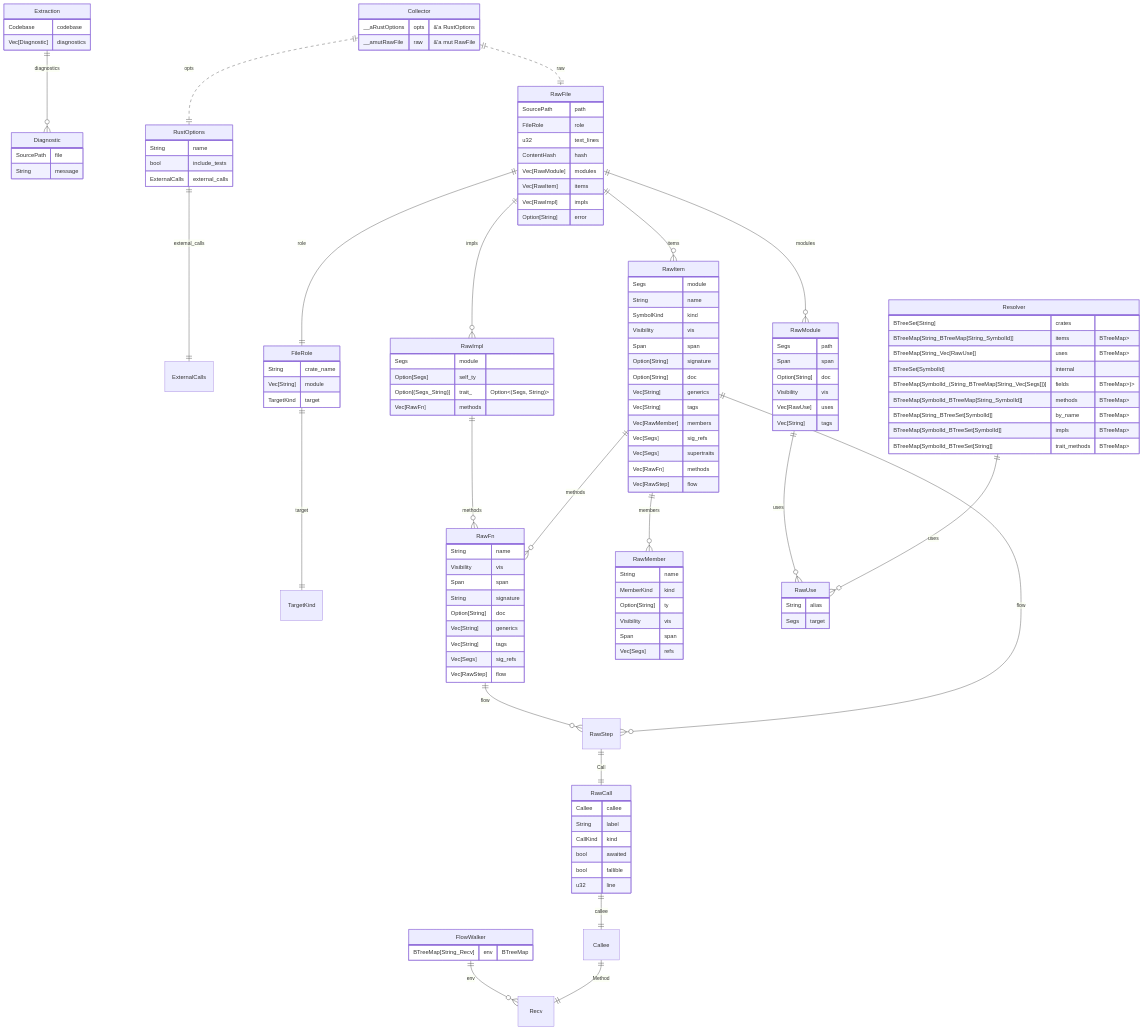
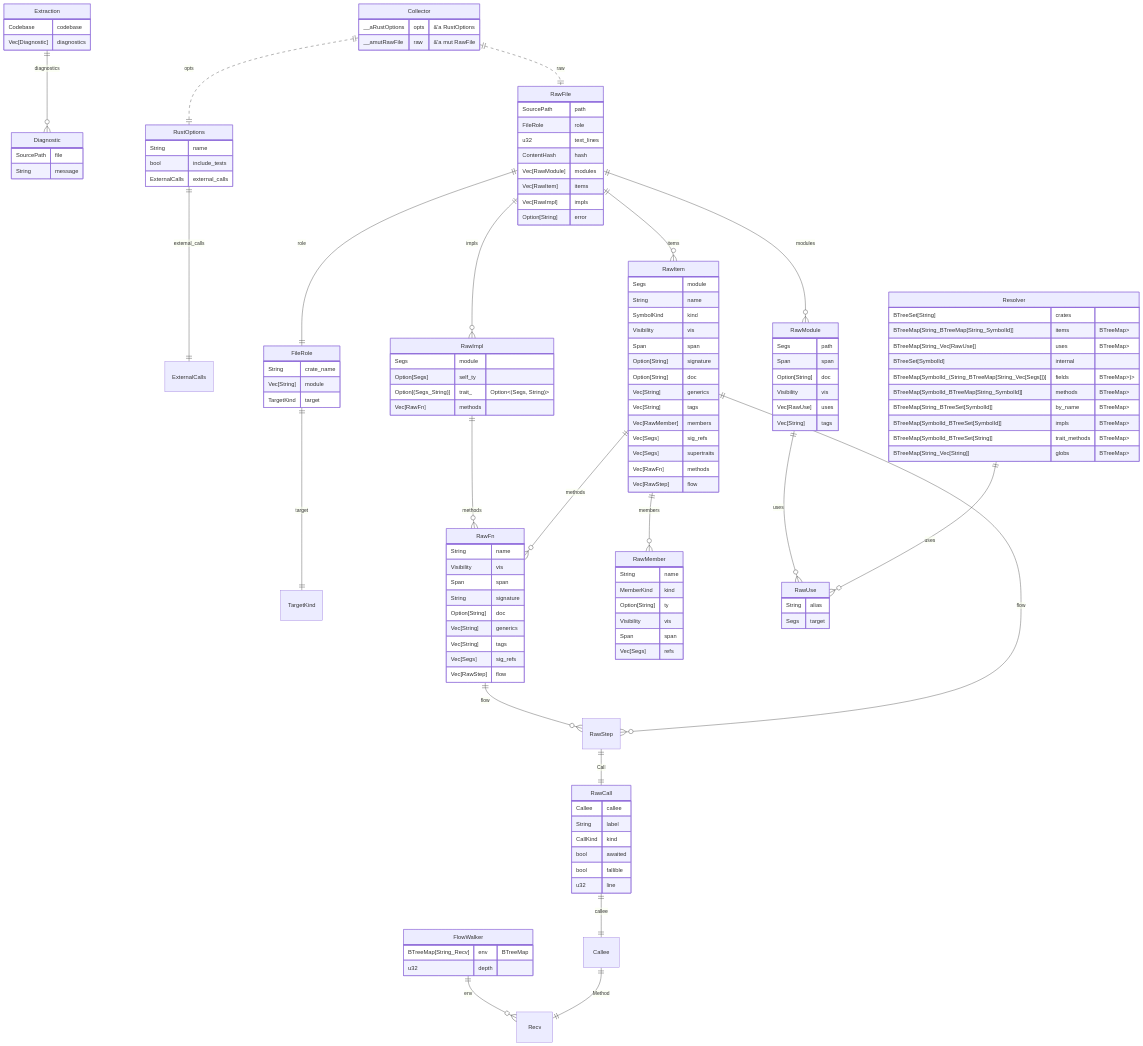
One commit to DreamLab-AI/codemaid changed the tenth of 10 diagrams in docs/codemaid/_overview.md. Above: the diagram before and after it, drawn with Mermaid. The commit also changed other lines of this file and 29 other files, not shown here.

```diff
--- a/docs/codemaid/_overview.md
+++ b/docs/codemaid/_overview.md
@@ -505,6 +511,7 @@
   }
   codemaid_rust__collect__FlowWalker["FlowWalker"] {
     BTreeMap[String_Recv] env "BTreeMap<String, Recv>"
+    u32 depth
   }
   codemaid_rust__layout__FileRole["FileRole"] {
     String crate_name
@@ -596,6 +603,7 @@
     BTreeMap[String_BTreeSet[SymbolId]] by_name "BTreeMap<String, BTreeSet<SymbolId>>"
     BTreeMap[SymbolId_BTreeSet[SymbolId]] impls "BTreeMap<SymbolId, BTreeSet<SymbolId>>"
     BTreeMap[SymbolId_BTreeSet[String]] trait_methods "BTreeMap<SymbolId, BTreeSet<String>>"
+    BTreeMap[String_Vec[String]] globs "BTreeMap<String, Vec<String>>"
   }
   codemaid_rust__Extraction ||--o{ codemaid_rust__Diagnostic : "diagnostics"
   codemaid_rust__RustOptions ||--|| codemaid_rust__ExternalCalls : "external_calls"
```
